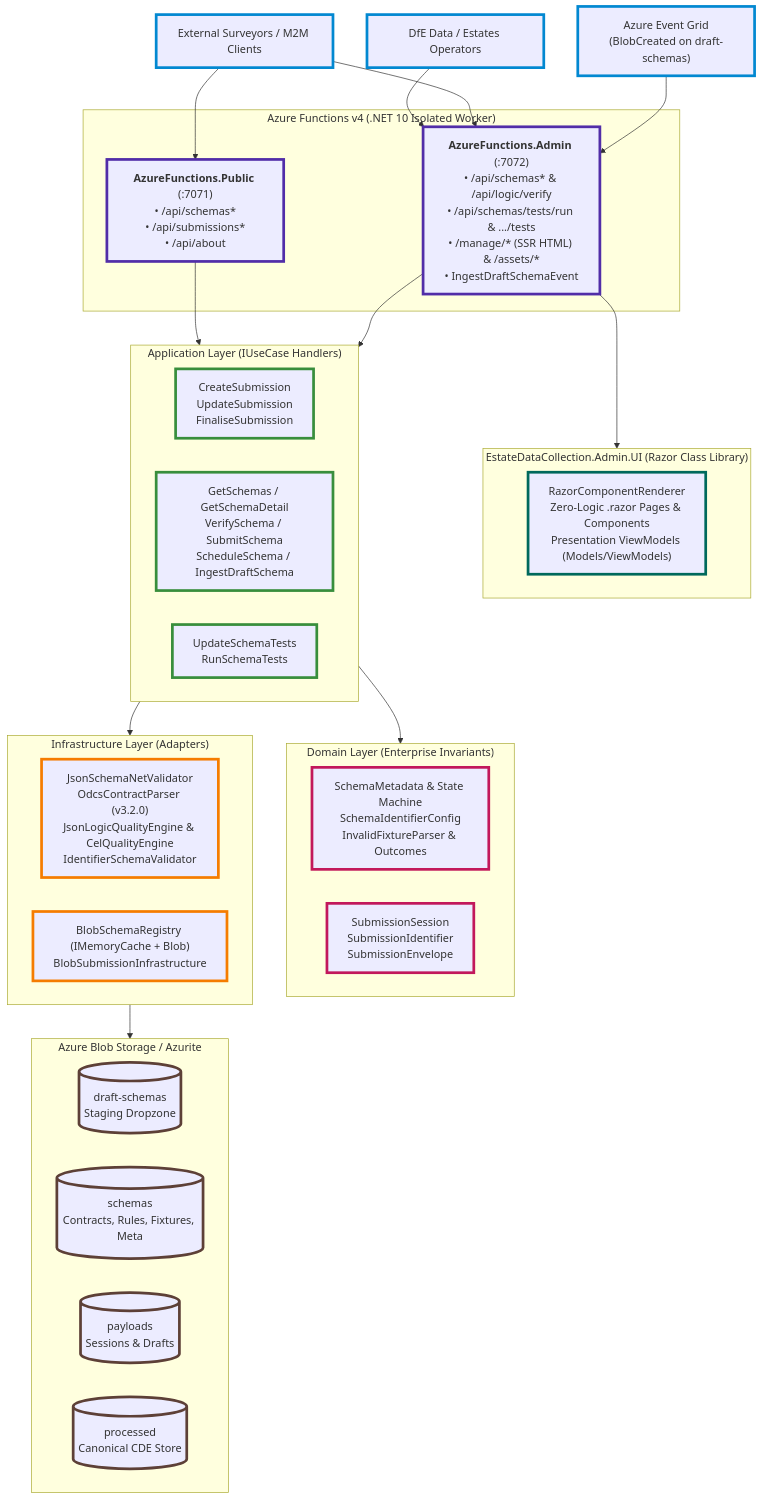
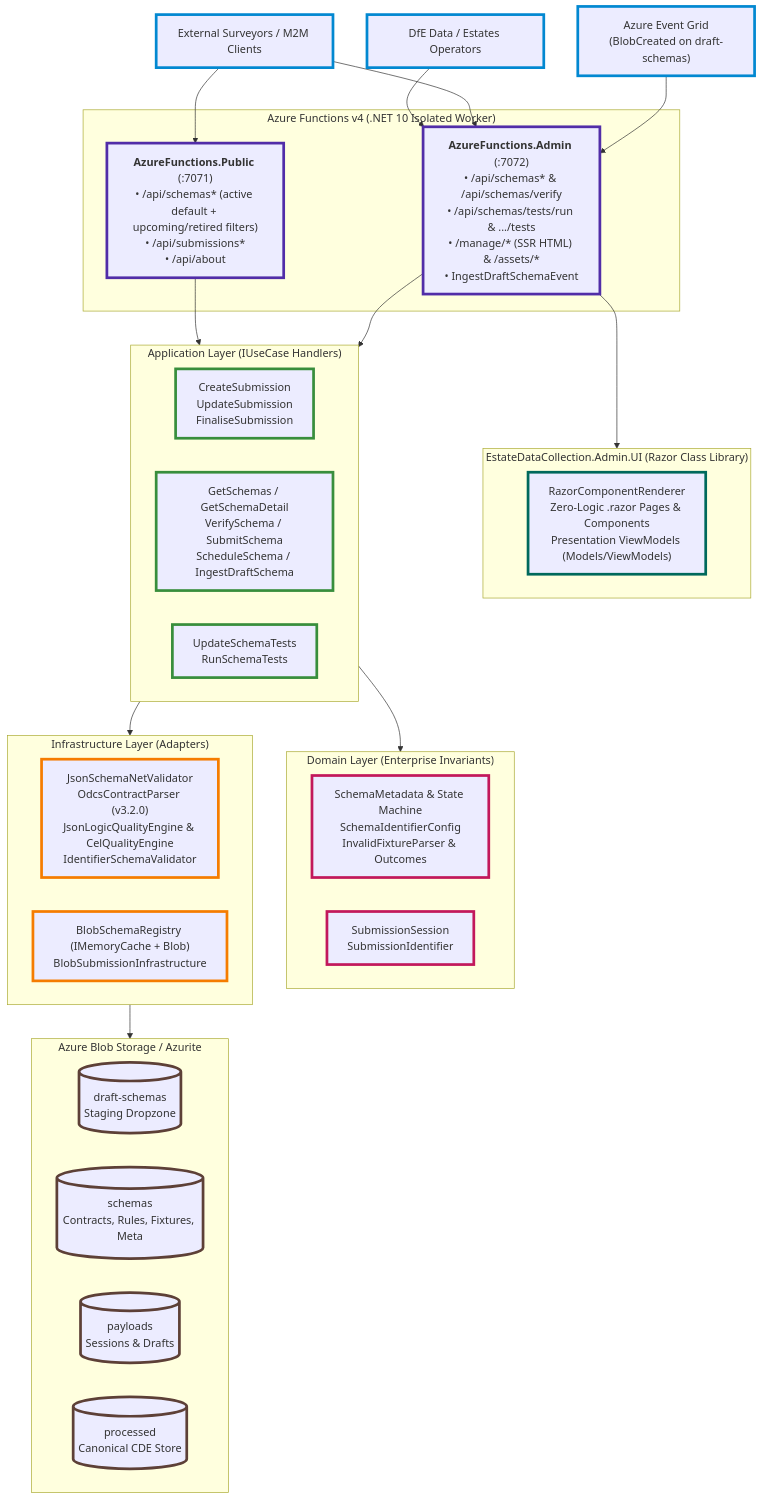
Before and after one commit to DFE-Digital/estate-data-collection: the first of 4 diagrams in ARCHITECTURE.md, drawn with Mermaid. The commit also changed other lines of this file and 13 other files, not shown here.

````diff
--- a/ARCHITECTURE.md
+++ b/ARCHITECTURE.md
@@ -12,59 +12,59 @@
 ```mermaid
 flowchart TD
     classDef input stroke:#0288d1,stroke-width:4px;
     classDef host stroke:#512da8,stroke-width:4px;
     classDef ui stroke:#00695c,stroke-width:4px;
     classDef app stroke:#388e3c,stroke-width:4px;
     classDef domain stroke:#c2185b,stroke-width:4px;
     classDef infra stroke:#f57c00,stroke-width:4px;
     classDef storage stroke:#5d4037,stroke-width:4px;
 
     M2M["External Surveyors / M2M Clients"]:::input
     Operator["DfE Data / Estates Operators"]:::input
     EG["Azure Event Grid<br/>(BlobCreated on draft-schemas)"]:::input
 
     subgraph Hosts["Azure Functions v4 (.NET 10 Isolated Worker)"]
-        F_PUB["<b>AzureFunctions.Public</b> (:7071)<br/>• /api/schemas*<br/>• /api/submissions*<br/>• /api/about"]:::host
-        F_ADM["<b>AzureFunctions.Admin</b> (:7072)<br/>• /api/schemas* &amp; /api/logic/verify<br/>• /api/schemas/tests/run &amp; .../tests<br/>• /manage/* (SSR HTML) &amp; /assets/*<br/>• IngestDraftSchemaEvent"]:::host
+        F_PUB["<b>AzureFunctions.Public</b> (:7071)<br/>• /api/schemas* (active default + upcoming/retired filters)<br/>• /api/submissions*<br/>• /api/about"]:::host
+        F_ADM["<b>AzureFunctions.Admin</b> (:7072)<br/>• /api/schemas* &amp; /api/schemas/verify<br/>• /api/schemas/tests/run &amp; .../tests<br/>• /manage/* (SSR HTML) &amp; /assets/*<br/>• IngestDraftSchemaEvent"]:::host
     end
 
     subgraph AdminUI["EstateDataCollection.Admin.UI (Razor Class Library)"]
         RCR["RazorComponentRenderer<br/>Zero-Logic .razor Pages &amp; Components<br/>Presentation ViewModels (Models/ViewModels)"]:::ui
     end
 
     subgraph Application["Application Layer (IUseCase Handlers)"]
         UC_SUB["CreateSubmission<br/>UpdateSubmission<br/>FinaliseSubmission"]:::app
         UC_SCH["GetSchemas / GetSchemaDetail<br/>VerifySchema / SubmitSchema<br/>ScheduleSchema / IngestDraftSchema"]:::app
         UC_TST["UpdateSchemaTests<br/>RunSchemaTests"]:::app
     end
 
     subgraph Domain["Domain Layer (Enterprise Invariants)"]
         D_SCH["SchemaMetadata &amp; State Machine<br/>SchemaIdentifierConfig<br/>InvalidFixtureParser &amp; Outcomes"]:::domain
-        D_SUB["SubmissionSession<br/>SubmissionIdentifier<br/>SubmissionEnvelope"]:::domain
+        D_SUB["SubmissionSession<br/>SubmissionIdentifier"]:::domain
     end
 
     subgraph Infrastructure["Infrastructure Layer (Adapters)"]
         VAL["JsonSchemaNetValidator<br/>OdcsContractParser (v3.2.0)<br/>JsonLogicQualityEngine &amp; CelQualityEngine<br/>IdentifierSchemaValidator"]:::infra
         REG["BlobSchemaRegistry (IMemoryCache + Blob)<br/>BlobSubmissionInfrastructure"]:::infra
     end
 
     subgraph Storage["Azure Blob Storage / Azurite"]
         C_DRF[("draft-schemas<br/>Staging Dropzone")]:::storage
         C_SCH[("schemas<br/>Contracts, Rules, Fixtures, Meta")]:::storage
         C_PAY[("payloads<br/>Sessions &amp; Drafts")]:::storage
         C_PRO[("processed<br/>Canonical CDE Store")]:::storage
     end
 
     M2M --> F_PUB
     Operator --> F_ADM
     M2M --> F_ADM
     EG --> F_ADM
 
     F_ADM --> AdminUI
     F_PUB --> Application
     F_ADM --> Application
 
     Application --> Domain
     Application --> Infrastructure
     Infrastructure --> Storage
 ```
````
